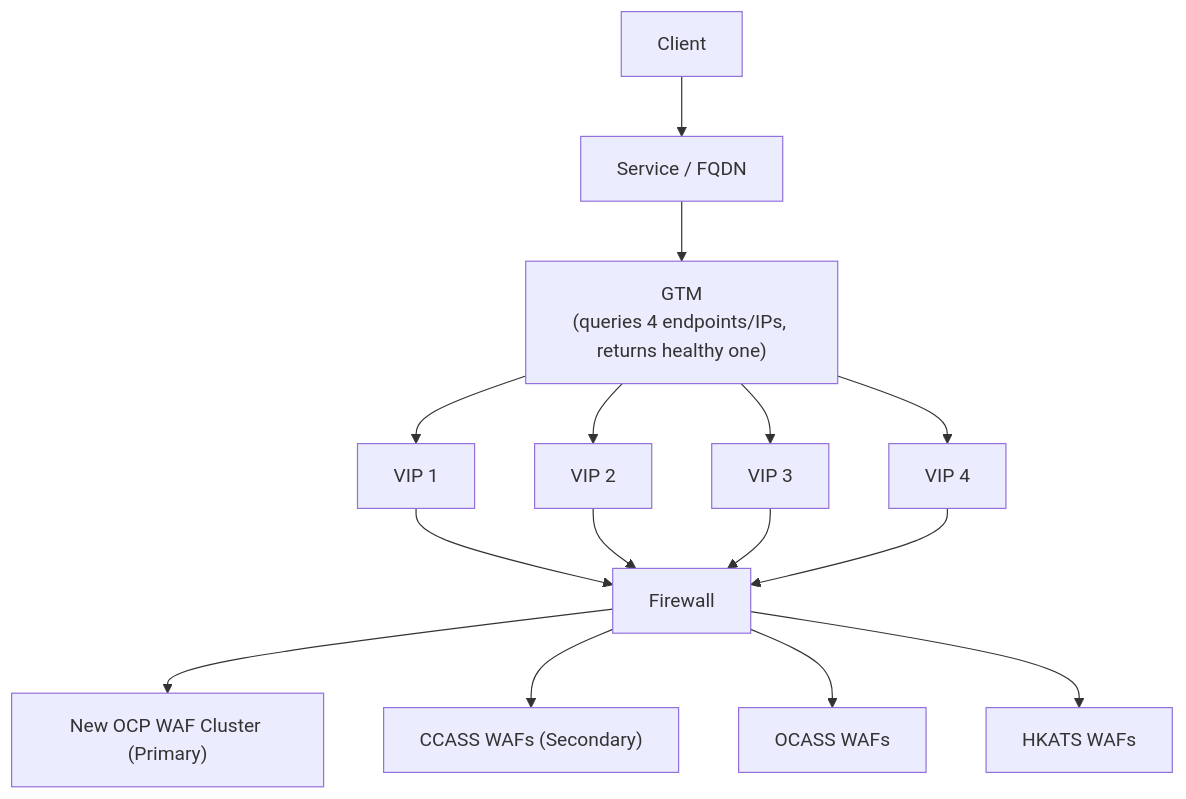
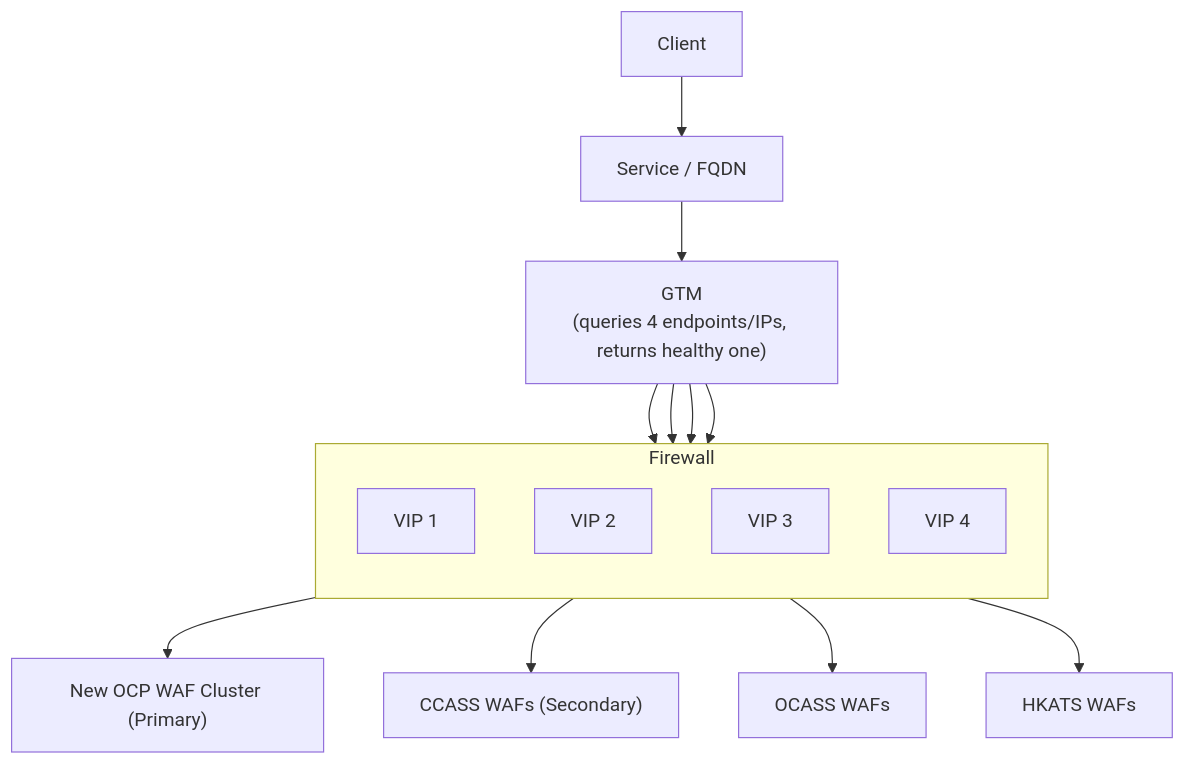
The diagram in GTM-WAF.md (jfang88/SampleDiagrams), drawn with Mermaid before and after one commit.

````diff
--- a/GTM-WAF.md
+++ b/GTM-WAF.md
@@ -1,34 +1,32 @@
 ```mermaid
 graph TD
     Client["Client"]
     ServiceFQDN["Service / FQDN"]
     GTM["GTM\n(queries 4 endpoints/IPs, returns healthy one)"]
 
-    FW["Firewall"]
-    VIP1["VIP 1"]
-    VIP2["VIP 2"]
-    VIP3["VIP 3"]
-    VIP4["VIP 4"]
+    subgraph Firewall
+        direction TB
+        VIP1["VIP 1"]
+        VIP2["VIP 2"]
+        VIP3["VIP 3"]
+        VIP4["VIP 4"]
+    end
 
     WAF1["New OCP WAF Cluster (Primary)"]
     WAF2["CCASS WAFs (Secondary)"]
     WAF3["OCASS WAFs"]
     WAF4["HKATS WAFs"]
 
     Client --> ServiceFQDN
     ServiceFQDN --> GTM
     GTM --> VIP1
     GTM --> VIP2
     GTM --> VIP3
     GTM --> VIP4
 
-    VIP1 --> FW
-    VIP2 --> FW
-    VIP3 --> FW
-    VIP4 --> FW
+    VIP1 --> WAF1
+    VIP2 --> WAF2
+    VIP3 --> WAF3
+    VIP4 --> WAF4
 
-    FW --> WAF1
-    FW --> WAF2
-    FW --> WAF3
-    FW --> WAF4
 ```
````
